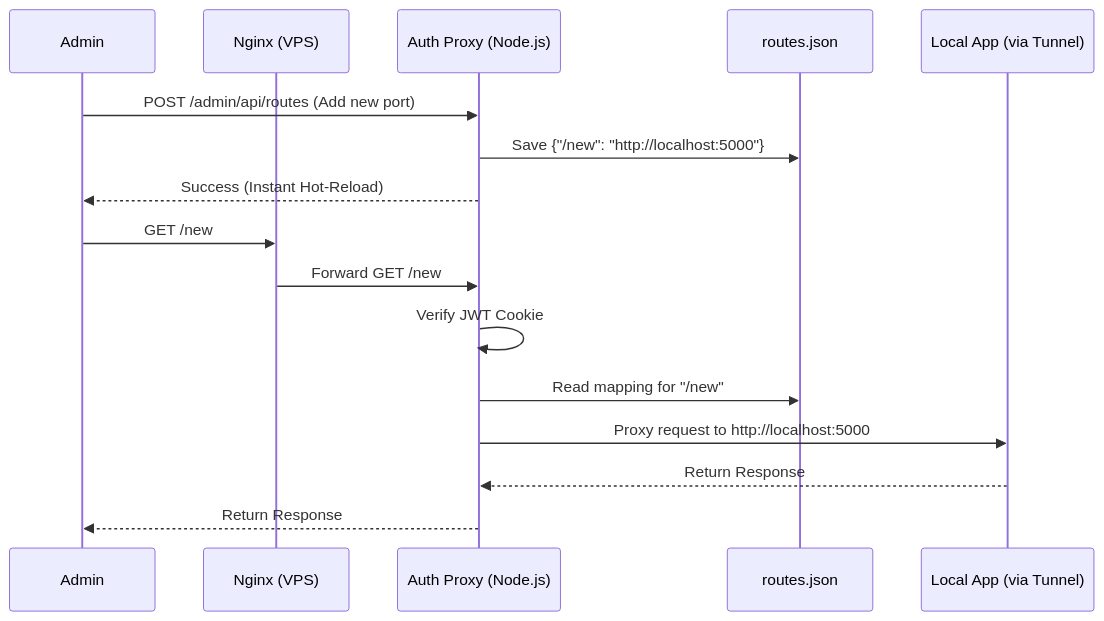
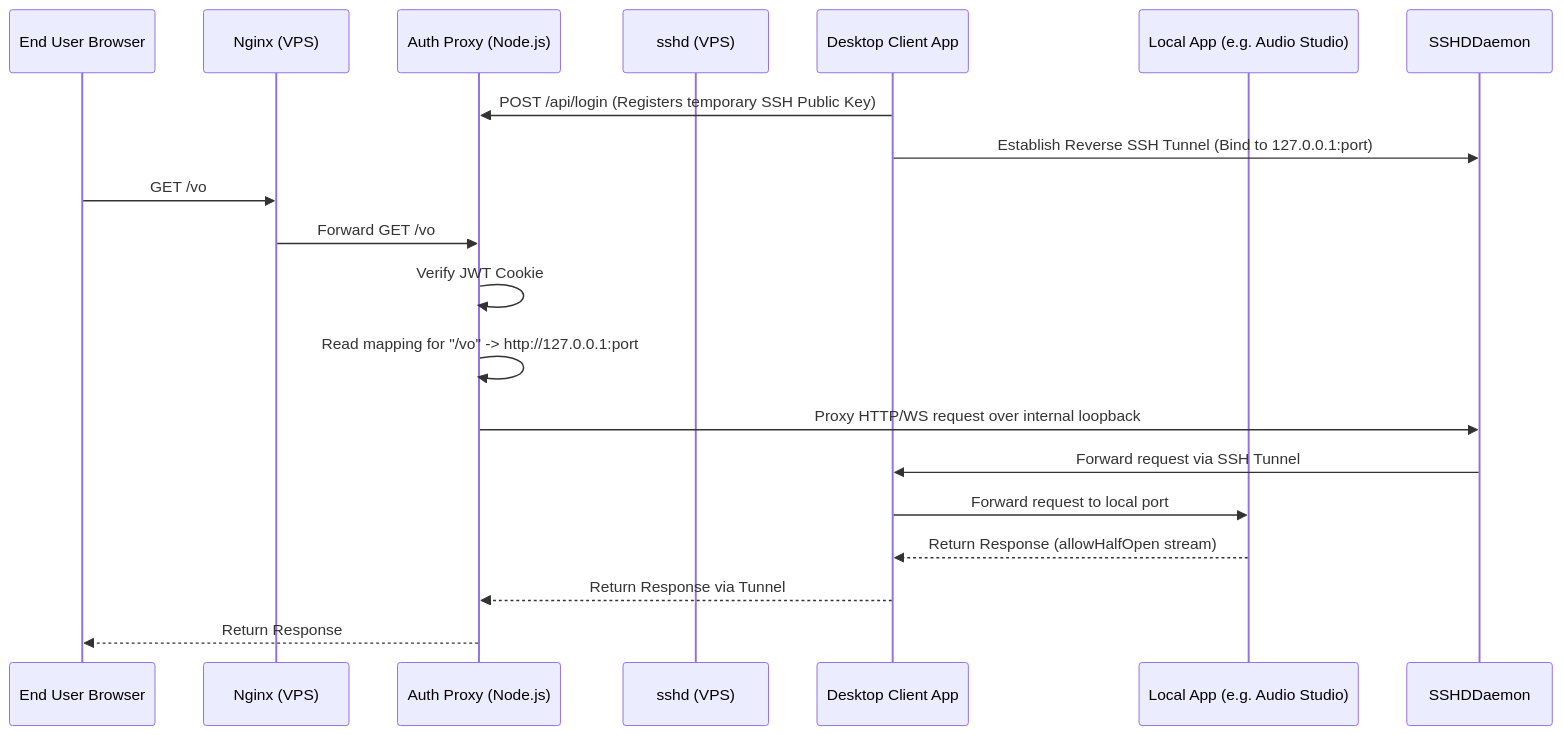
The diagram in SPEC.md (Sasuke021990/Private-_AI), drawn with Mermaid before and after one commit. The commit also changed other lines of this file, not shown here.

Commit message:
Update SPEC.md with final architecture and edge cases

````diff
--- a/SPEC.md
+++ b/SPEC.md
@@ -22,22 +25,25 @@
 ```mermaid
 sequenceDiagram
-    participant Admin
+    participant EndUser as End User Browser
     participant Nginx as Nginx (VPS)
     participant AuthProxy as Auth Proxy (Node.js)
-    participant RoutesJSON as routes.json
-    participant LocalMachine as Local App (via Tunnel)
+    participant SSHDaemon as sshd (VPS)
+    participant ClientApp as Desktop Client App
+    participant LocalMachine as Local App (e.g. Audio Studio)
 
-    %% Dashboard Management Flow
-    Admin->>AuthProxy: POST /admin/api/routes (Add new port)
-    AuthProxy->>RoutesJSON: Save {"/new": "http://localhost:5000"}
-    AuthProxy-->>Admin: Success (Instant Hot-Reload)
-
+    %% Desktop Client Connection Flow
+    ClientApp->>AuthProxy: POST /api/login (Registers temporary SSH Public Key)
+    ClientApp->>SSHDDaemon: Establish Reverse SSH Tunnel (Bind to 127.0.0.1:port)
+    
     %% Proxy Flow
-    Admin->>Nginx: GET /new
-    Nginx->>AuthProxy: Forward GET /new
+    EndUser->>Nginx: GET /vo
+    Nginx->>AuthProxy: Forward GET /vo
     AuthProxy->>AuthProxy: Verify JWT Cookie
-    AuthProxy->>RoutesJSON: Read mapping for "/new"
-    AuthProxy->>LocalMachine: Proxy request to http://localhost:5000
-    LocalMachine-->>AuthProxy: Return Response
-    AuthProxy-->>Admin: Return Response
+    AuthProxy->>AuthProxy: Read mapping for "/vo" -> http://127.0.0.1:port
+    AuthProxy->>SSHDDaemon: Proxy HTTP/WS request over internal loopback
+    SSHDDaemon->>ClientApp: Forward request via SSH Tunnel
+    ClientApp->>LocalMachine: Forward request to local port
+    LocalMachine-->>ClientApp: Return Response (allowHalfOpen stream)
+    ClientApp-->>AuthProxy: Return Response via Tunnel
+    AuthProxy-->>EndUser: Return Response
 ```
````
